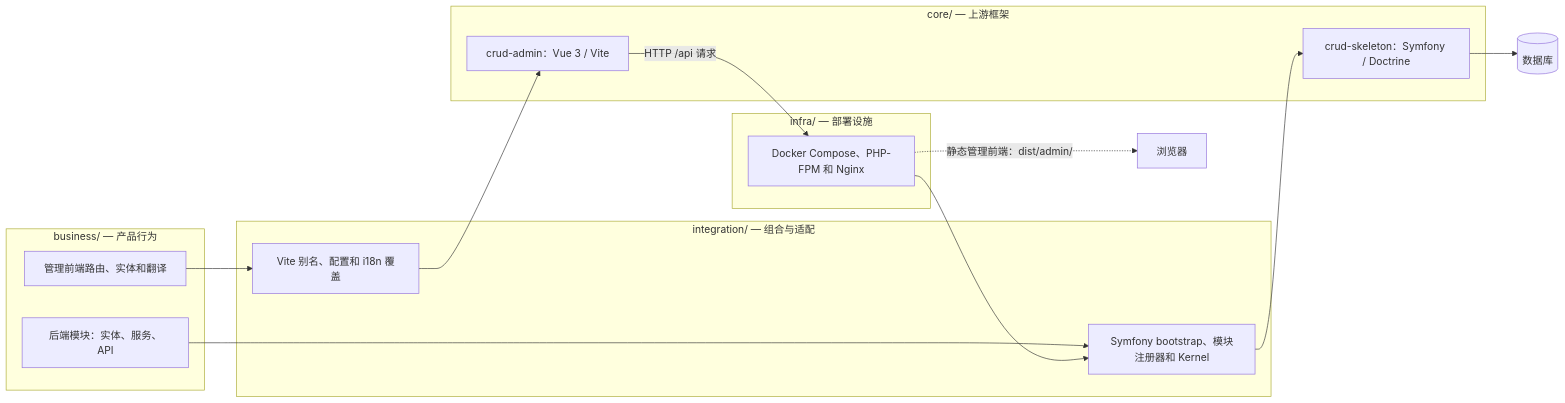
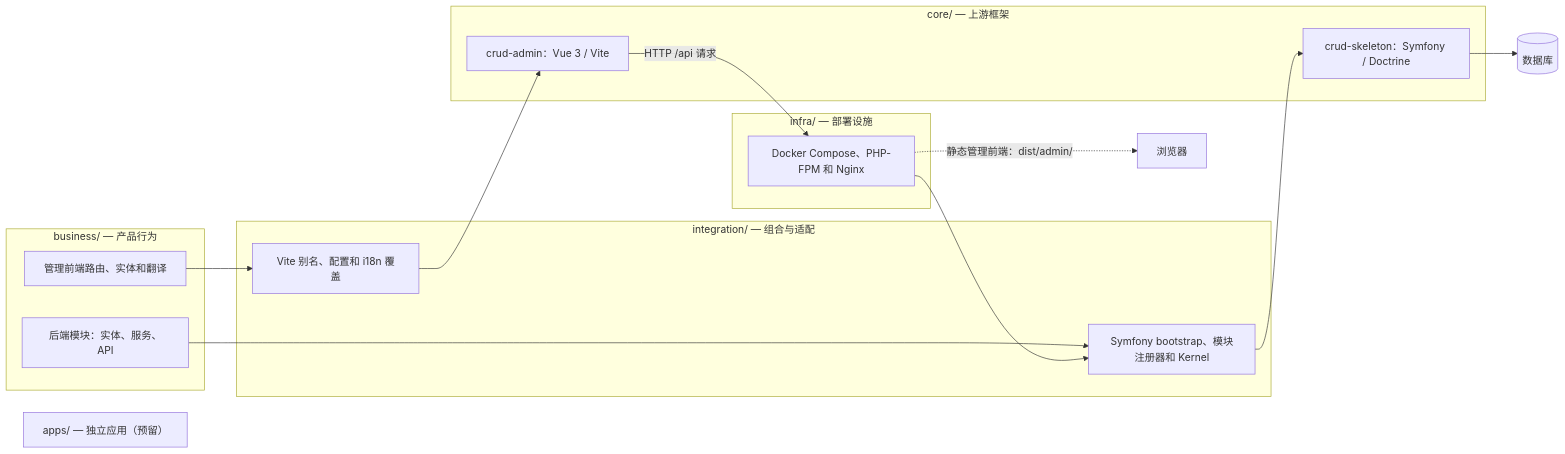
One commit to dream-studio-china/ns-ultimate changed the diagram in README.zh-cn.md. Above: the diagram before and after it, drawn with Mermaid. The commit also changed other lines of this file and 7 other files, not shown here.

Commit message:
docs(architecture): reserve apps for independent projects

````diff
--- a/README.zh-cn.md
+++ b/README.zh-cn.md
@@ -40,28 +41,30 @@
 ```mermaid
 flowchart LR
     subgraph business["business/ — 产品行为"]
         BA["管理前端路由、实体和翻译"]
         BB["后端模块：实体、服务、API"]
     end
 
     subgraph integration["integration/ — 组合与适配"]
         IA["Vite 别名、配置和 i18n 覆盖"]
         IB["Symfony bootstrap、模块注册器和 Kernel"]
     end
 
     subgraph core["core/ — 上游框架"]
         CA["crud-admin：Vue 3 / Vite"]
         CB["crud-skeleton：Symfony / Doctrine"]
     end
 
     subgraph infra["infra/ — 部署设施"]
         ID["Docker Compose、PHP-FPM 和 Nginx"]
     end
 
+    Apps["apps/ — 独立应用（预留）"]
+
     BA --> IA --> CA
     BB --> IB --> CB
     CA -->|"HTTP /api 请求"| ID
     ID --> IB
     ID -.->|静态管理前端：dist/admin/| Browser["浏览器"]
     CB --> DB[("数据库")]
 ```
````
